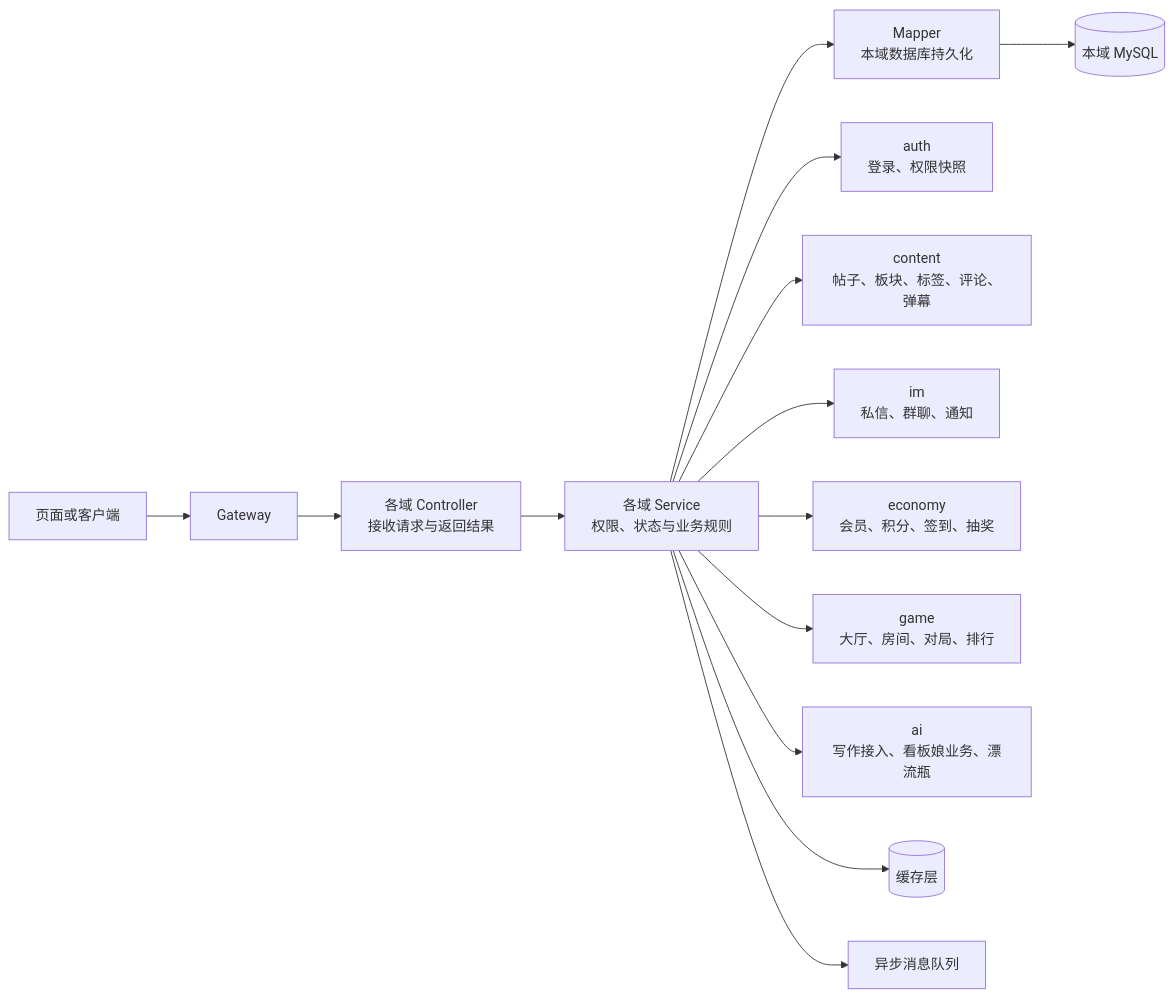
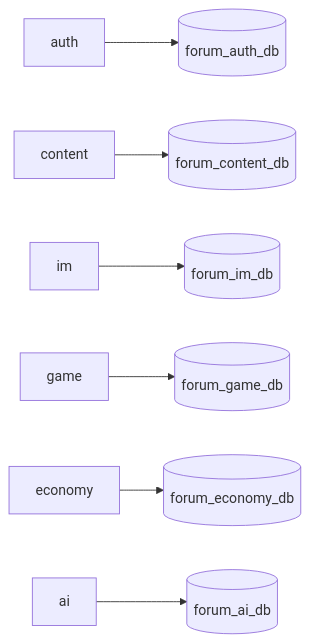
One commit to pluchon/mengmeng_forum changed the second of 29 diagrams in README.md. Above: the diagram before and after it, drawn with Mermaid. The commit also changed other lines of this file and 1616 other files, not shown here.

````diff
--- a/README.md
+++ b/README.md
@@ -122,16 +28,9 @@
 ```mermaid
 flowchart LR
-  U["页面或客户端"] --> GW["Gateway"]
-  GW --> C["各域 Controller<br/>接收请求与返回结果"]
-  C --> S["各域 Service<br/>权限、状态与业务规则"]
-  S --> MP["Mapper<br/>本域数据库持久化"]
-  MP --> DB[("本域 MySQL")]
-  S --> AUTH["auth<br/>登录、权限快照"]
-  S --> CONTENT["content<br/>帖子、板块、标签、评论、弹幕"]
-  S --> IM["im<br/>私信、群聊、通知"]
-  S --> ECO["economy<br/>会员、积分、签到、抽奖"]
-  S --> GAME["game<br/>大厅、房间、对局、排行"]
-  S --> AI["ai<br/>写作接入、看板娘业务、漂流瓶"]
-  S --> R[("缓存层")]
-  S --> MQ["异步消息队列"]
+  AUTH["auth"] --> M1[("forum_auth_db")]
+  CONTENT["content"] --> M2[("forum_content_db")]
+  IM["im"] --> M3[("forum_im_db")]
+  GAME["game"] --> M4[("forum_game_db")]
+  ECO["economy"] --> M5[("forum_economy_db")]
+  AIJ["ai"] --> M6[("forum_ai_db")]
 ```
````
